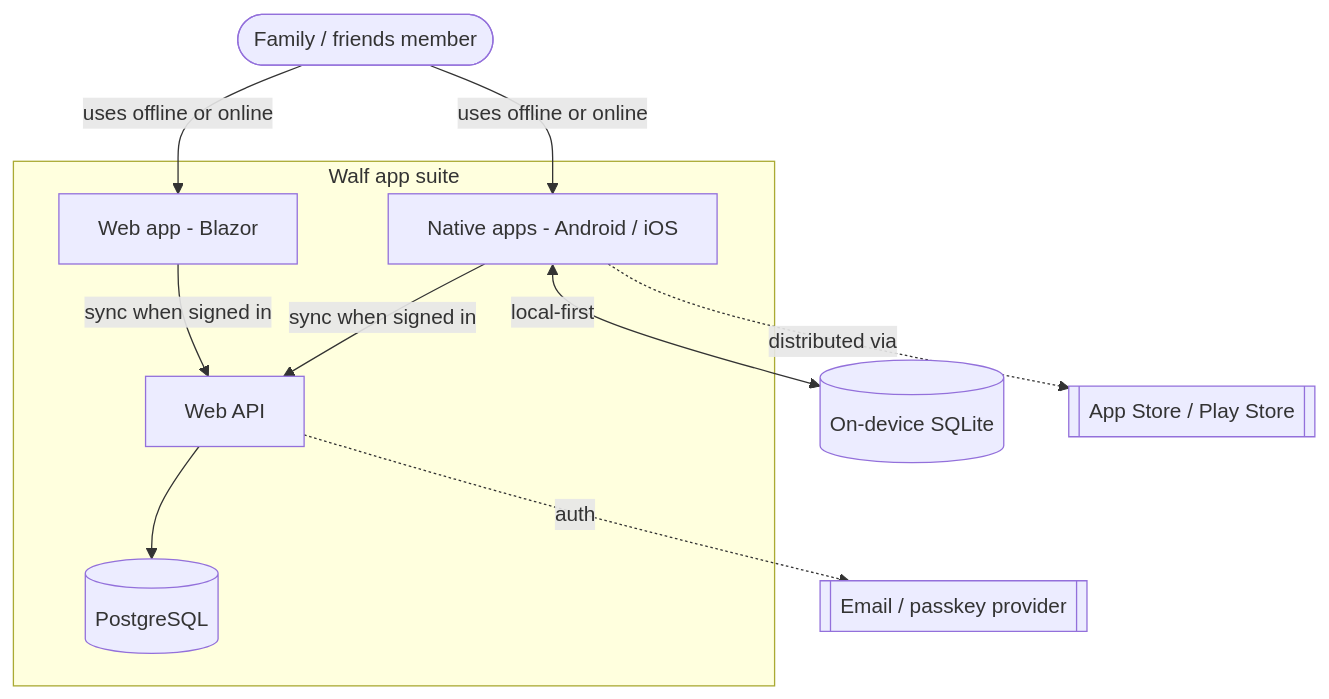
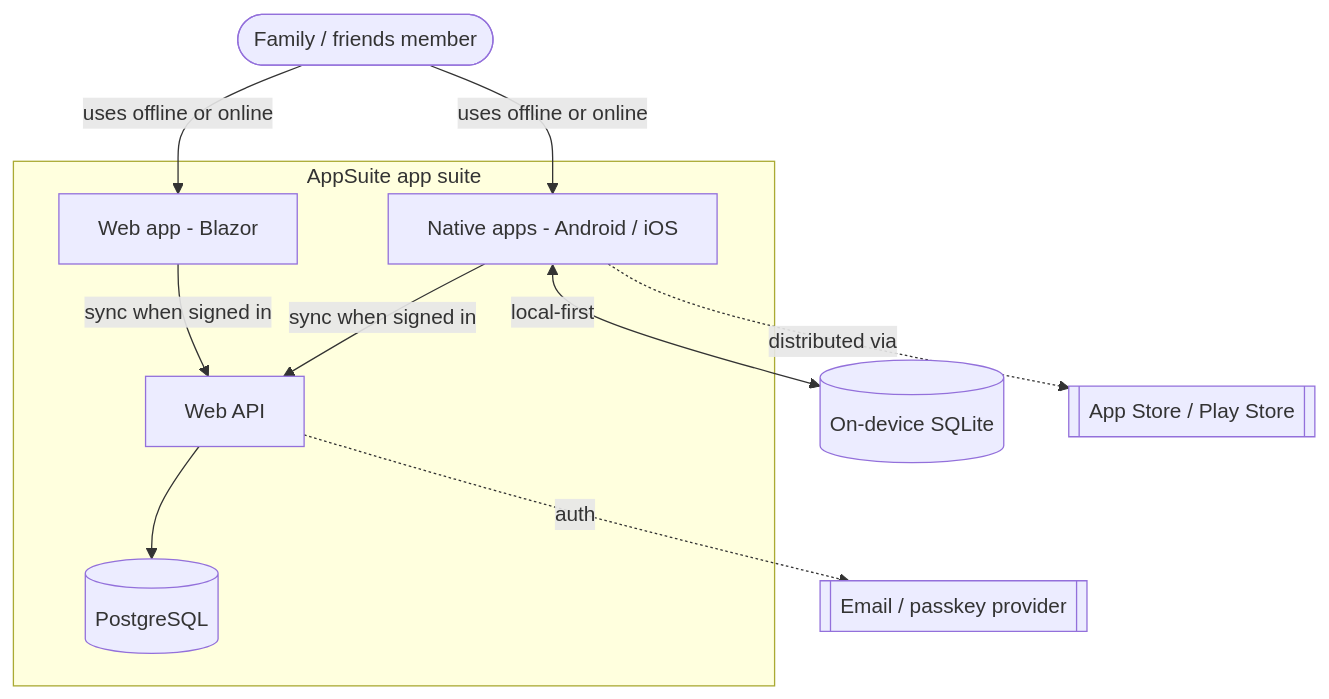
Before and after one commit to CircleTools-ch/circletools-suite: the diagram in docs/arc42/03-context-and-scope.md, drawn with Mermaid. The commit also changed 258 other files, not shown here.

Commit message:
Rename back to AppSuite

````diff
--- a/docs/arc42/03-context-and-scope.md
+++ b/docs/arc42/03-context-and-scope.md
@@ -5,22 +5,22 @@
 ```mermaid
 flowchart TB
     User([Family / friends member])
-    subgraph Walf["Walf app suite"]
+    subgraph AppSuite["AppSuite app suite"]
         Web[Web app - Blazor]
         Native[Native apps - Android / iOS]
         API[Web API]
         DB[(PostgreSQL)]
     end
     Local[(On-device SQLite)]
     Stores[[App Store / Play Store]]
     Email[[Email / passkey provider]]
 
     User -->|uses offline or online| Web
     User -->|uses offline or online| Native
     Native <-->|local-first| Local
     Web -->|sync when signed in| API
     Native -->|sync when signed in| API
     API --> DB
     API -.->|auth| Email
     Native -.->|distributed via| Stores
 ```
````
